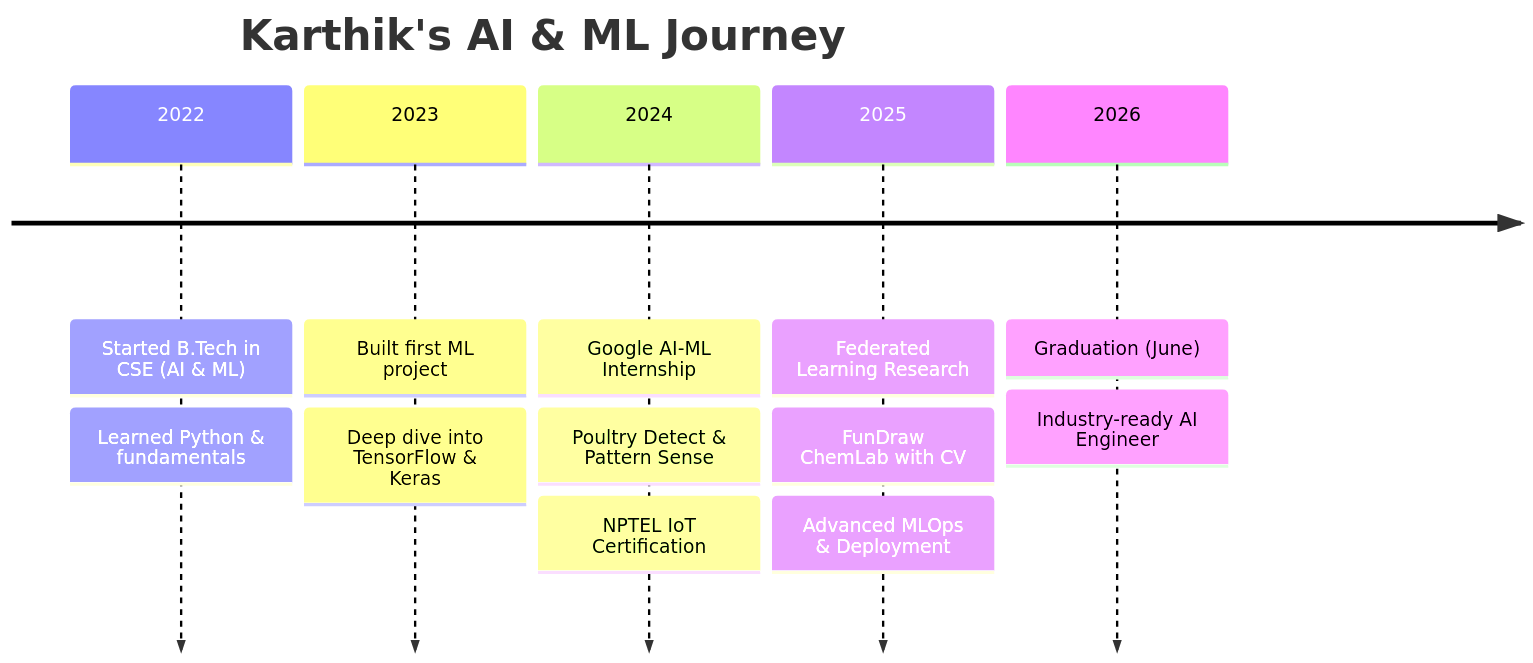
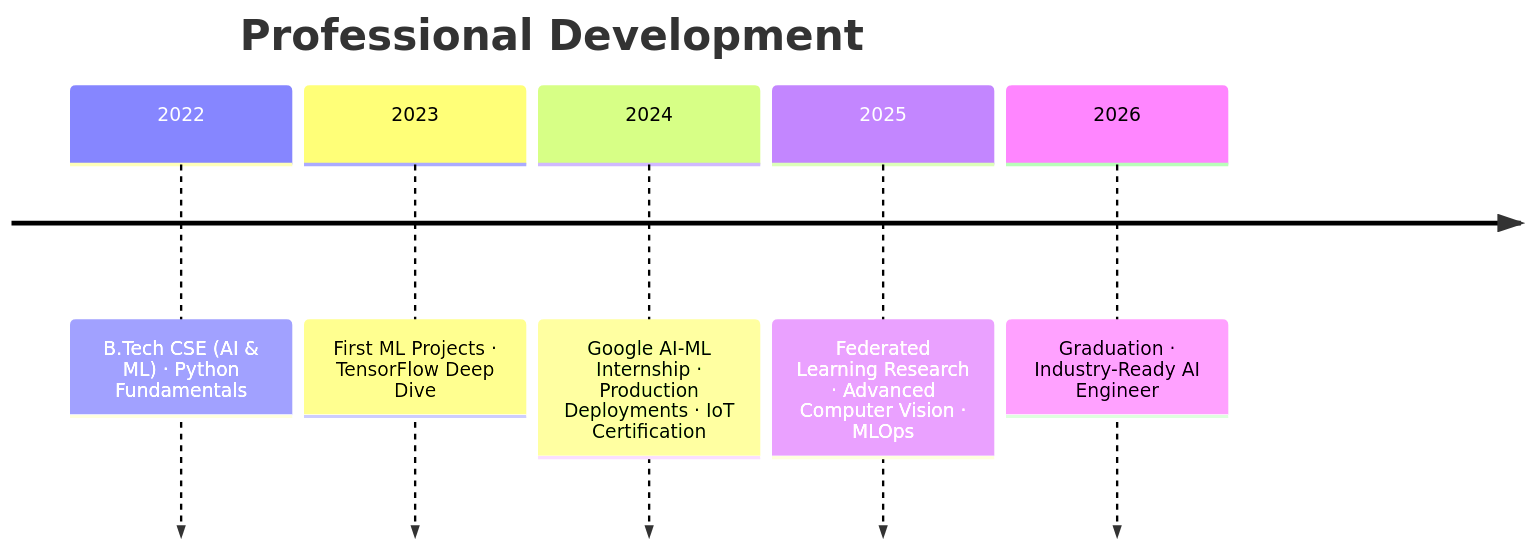
One commit to karthikredddy7github/karthikredddy7github changed the second of 2 diagrams in README.md. Above: the diagram before and after it, drawn with Mermaid. The commit also changed other lines of this file, not shown here.

First line of the commit message:
Revise README with new profile and project details

````diff
--- a/README.md
+++ b/README.md
@@ -322,16 +226,9 @@
 ```mermaid
 timeline
-    title Karthik's AI & ML Journey
-    2022 : Started B.Tech in CSE (AI & ML)
-         : Learned Python & fundamentals
-    2023 : Built first ML project
-         : Deep dive into TensorFlow & Keras
-    2024 : Google AI-ML Internship
-         : Poultry Detect & Pattern Sense
-         : NPTEL IoT Certification
-    2025 : Federated Learning Research
-         : FunDraw ChemLab with CV
-         : Advanced MLOps & Deployment
-    2026 : Graduation (June)
-         : Industry-ready AI Engineer
+    title Professional Development
+    2022 : B.Tech CSE (AI & ML) · Python Fundamentals
+    2023 : First ML Projects · TensorFlow Deep Dive
+    2024 : Google AI-ML Internship · Production Deployments · IoT Certification
+    2025 : Federated Learning Research · Advanced Computer Vision · MLOps
+    2026 : Graduation · Industry-Ready AI Engineer
 ```
````
